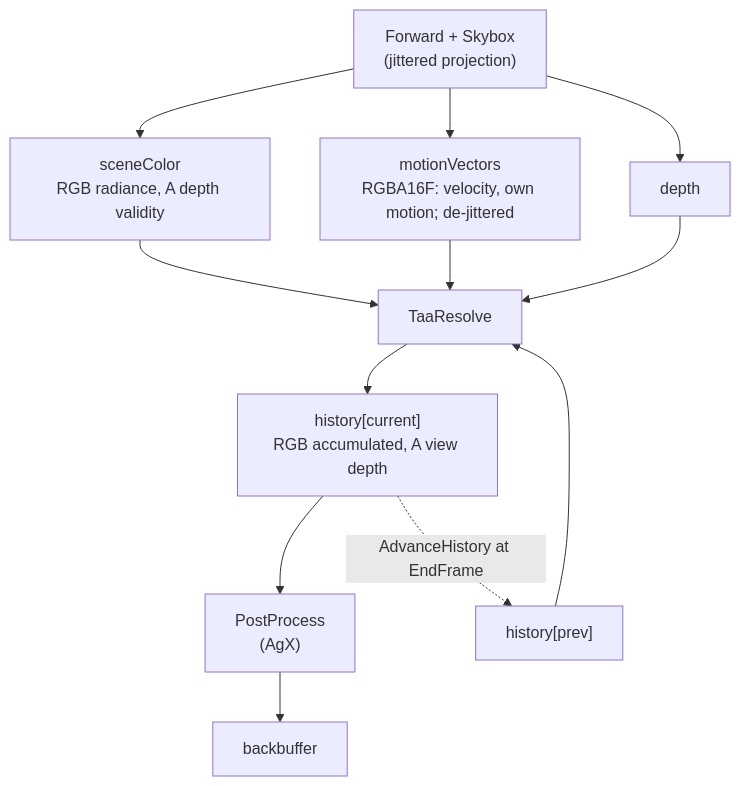
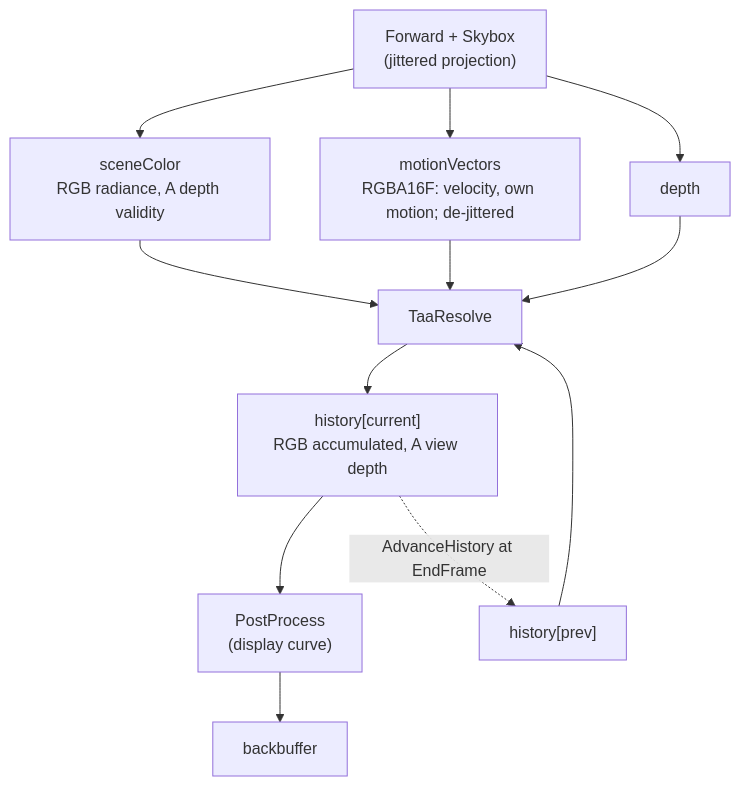
One commit to alexjiang200407/bernini changed the diagram in docs/taa.md. Above: the diagram before and after it, drawn with Mermaid. The commit also changed 93 other files, not shown here.

First line of the commit message:
feat(post): one post-process with AgX or Gran Turismo per target, and toon lit by the scene (#1020)

````diff
--- a/docs/taa.md
+++ b/docs/taa.md
@@ -354,17 +354,17 @@
 ```mermaid
 flowchart TD
     FWD["Forward + Skybox<br/>(jittered projection)"] --> SC["sceneColor<br/>RGB radiance, A depth validity"]
     FWD --> MV["motionVectors<br/>RGBA16F: velocity, own motion; de-jittered"]
     FWD --> D["depth"]
 
     SC --> RES["TaaResolve"]
     MV --> RES
     D --> RES
     HPREV["history[prev]"] --> RES
     RES --> HCUR["history[current]<br/>RGB accumulated, A view depth"]
 
-    HCUR --> PP["PostProcess<br/>(AgX)"]
+    HCUR --> PP["PostProcess<br/>(display curve)"]
     PP --> BB["backbuffer"]
 
     HCUR -. "AdvanceHistory at EndFrame" .-> HPREV
 ```
````
